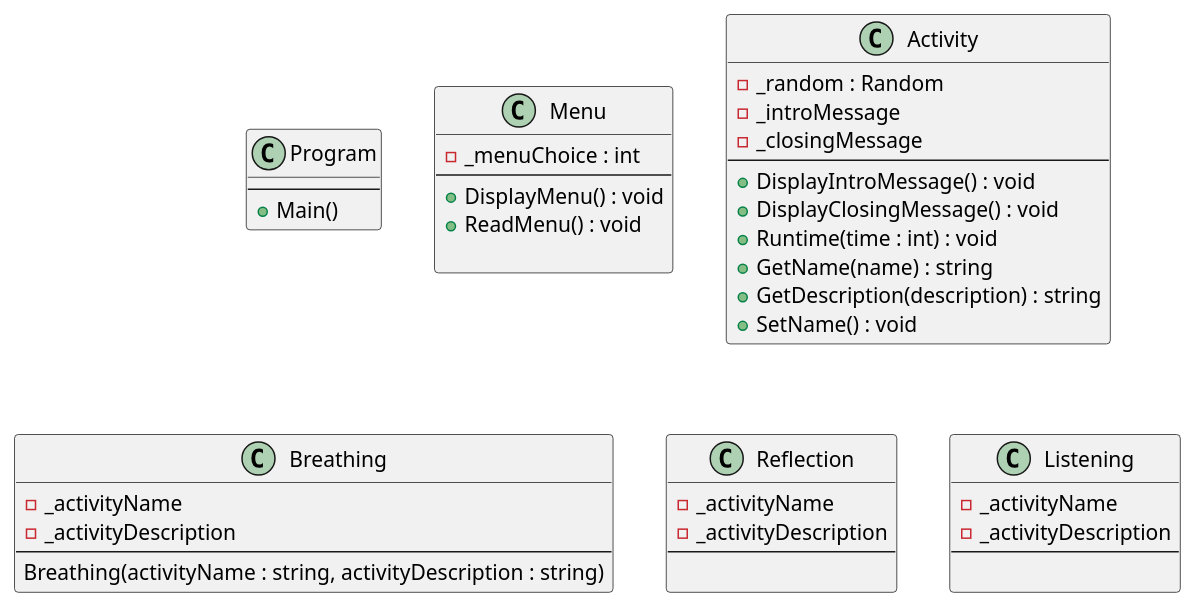
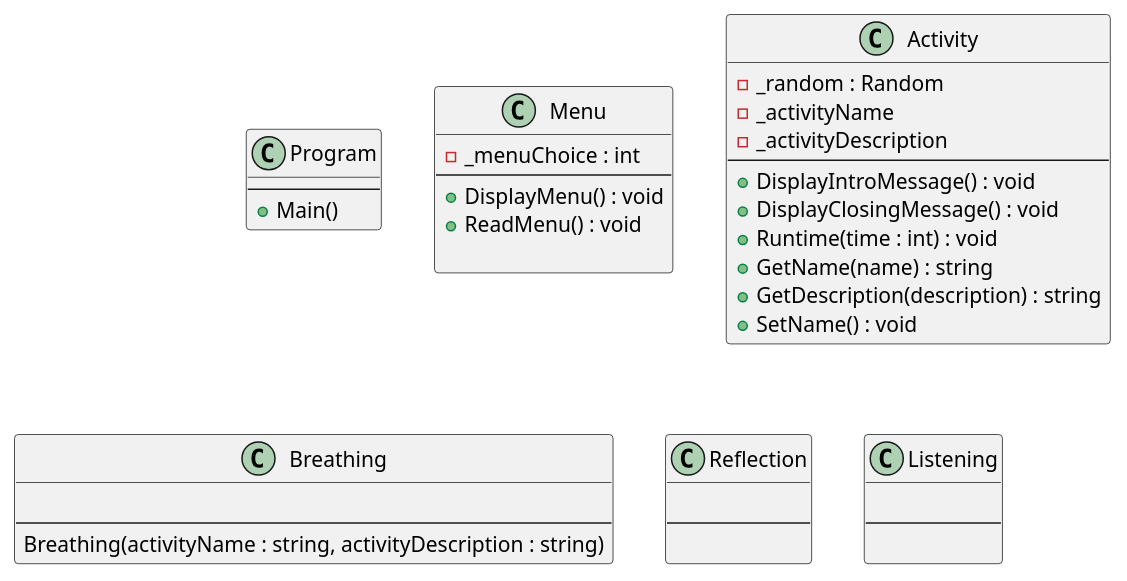
The diagram in prove/Develop04/MindfulnessProgram.puml (automotopia2/cse21---projects), drawn with PlantUML before and after one commit. The commit also changed 6 other files, not shown here.

```diff
--- a/prove/Develop04/MindfulnessProgram.puml
+++ b/prove/Develop04/MindfulnessProgram.puml
@@ -1,59 +1,56 @@
 @startuml
 
 class Program
 {
     --
     + Main()
 }
 
 class Menu
 {
     -_menuChoice : int
     --
     + DisplayMenu() : void
     + ReadMenu() : void
 
 }
 
 class Activity
 {
     -_random : Random
-    -_introMessage
-    -_closingMessage
+    -_activityName
+    -_activityDescription
     --
     + DisplayIntroMessage() : void
     + DisplayClosingMessage() : void
     + Runtime(time : int) : void
     + GetName(name) : string
     + GetDescription(description) : string
     + SetName() : void
 }
 
 class Breathing
 {
-    -_activityName
-    -_activityDescription
+    
     --
     Breathing(activityName : string, activityDescription : string)
 }
 
 class Reflection
 {
-    -_activityName
-    -_activityDescription
+    
     --
 
 }
 
 class Listening
 {
-    -_activityName
-    -_activityDescription
+    
     --
     
 }
 
 
 
 
 @enduml
```
